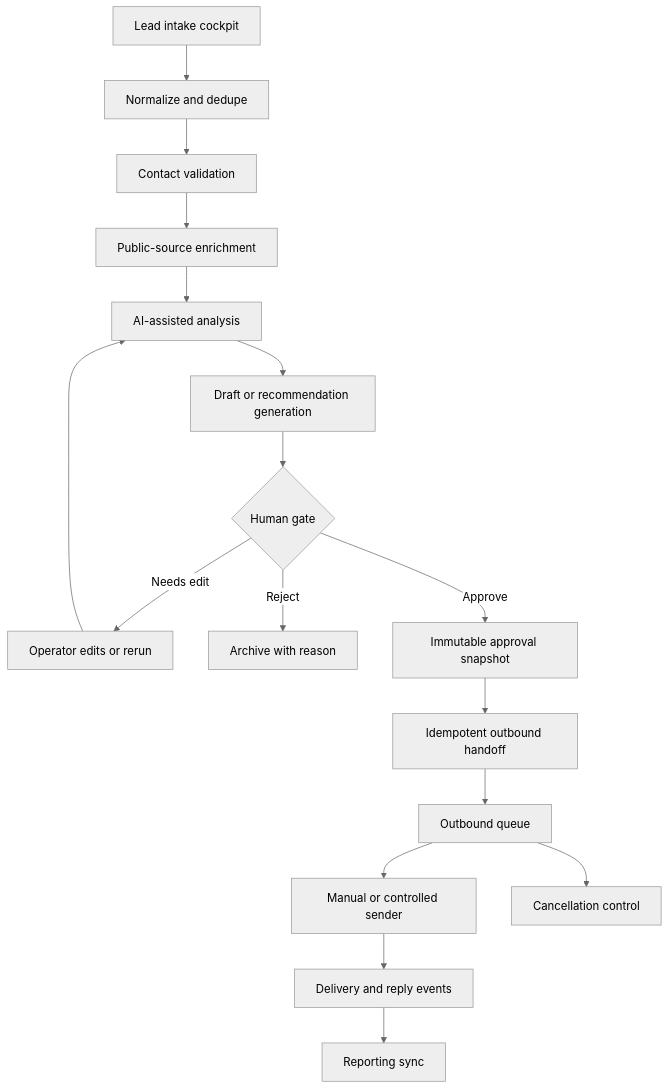
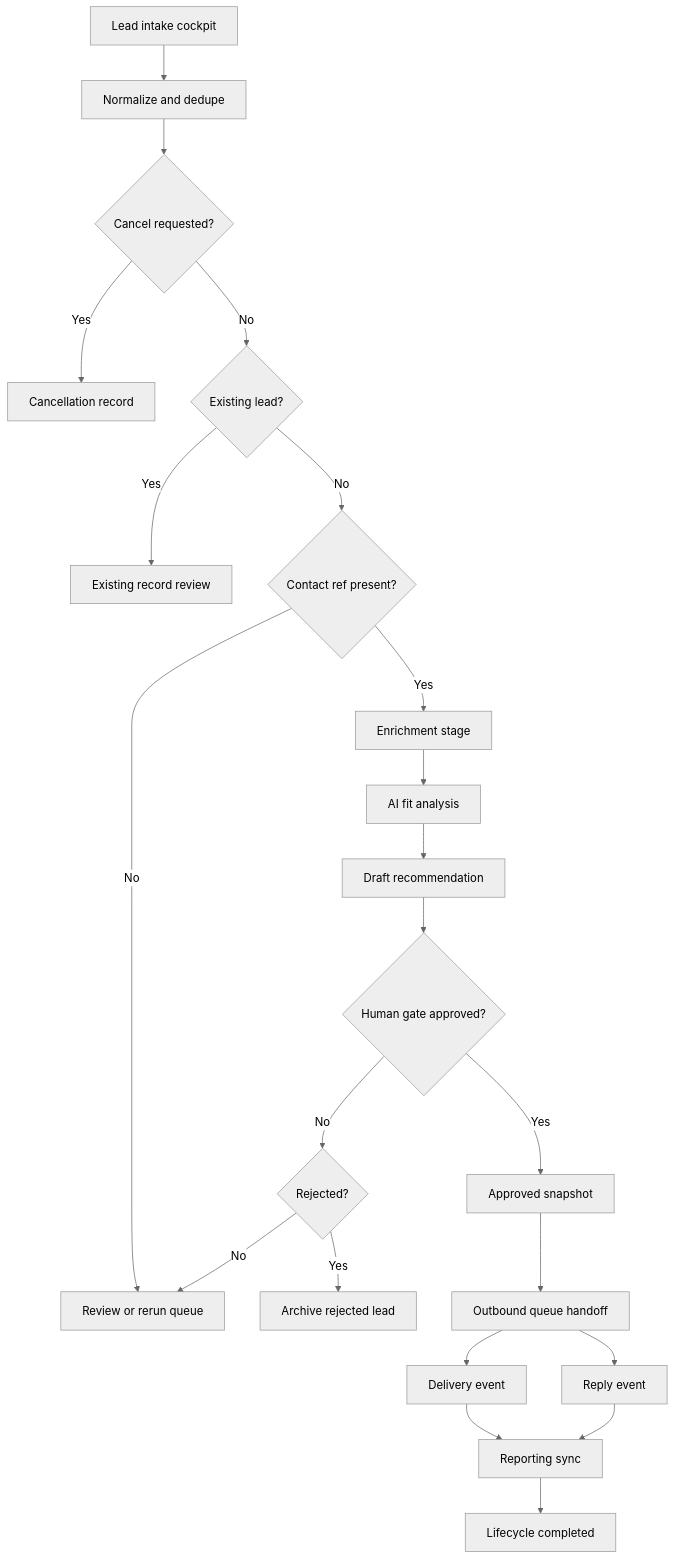
One commit to kingdomledger/AI_Growth_Systems_Design_Patterns changed the diagram in 02-lead-enrichment-outreach-system/README.md. Above: the diagram before and after it, drawn with Mermaid (neutral theme). The commit also changed other lines of this file and 4 other files, not shown here.

Commit message:
Expand lead enrichment n8n demo

````diff
--- a/02-lead-enrichment-outreach-system/README.md
+++ b/02-lead-enrichment-outreach-system/README.md
@@ -13,19 +13,24 @@
 ```mermaid
 flowchart TD
   A[Lead intake cockpit] --> B[Normalize and dedupe]
-  B --> C[Contact validation]
-  C --> D[Public-source enrichment]
-  D --> E[AI-assisted analysis]
-  E --> F[Draft or recommendation generation]
-  F --> G{Human gate}
-  G -- Needs edit --> H[Operator edits or rerun]
-  G -- Reject --> I[Archive with reason]
-  G -- Approve --> J[Immutable approval snapshot]
-  H --> E
-  J --> K[Idempotent outbound handoff]
-  K --> L[Outbound queue]
-  L --> M[Manual or controlled sender]
-  M --> N[Delivery and reply events]
-  N --> O[Reporting sync]
-  L --> P[Cancellation control]
+  B --> C{Cancel requested?}
+  C -- Yes --> D[Cancellation record]
+  C -- No --> E{Existing lead?}
+  E -- Yes --> F[Existing record review]
+  E -- No --> G{Contact ref present?}
+  G -- No --> H[Review or rerun queue]
+  G -- Yes --> I[Enrichment stage]
+  I --> J[AI fit analysis]
+  J --> K[Draft recommendation]
+  K --> L{Human gate approved?}
+  L -- No --> M{Rejected?}
+  M -- Yes --> N[Archive rejected lead]
+  M -- No --> H
+  L -- Yes --> O[Approved snapshot]
+  O --> P[Outbound queue handoff]
+  P --> Q[Delivery event]
+  P --> R[Reply event]
+  Q --> S[Reporting sync]
+  R --> S
+  S --> T[Lifecycle completed]
 ```
````
